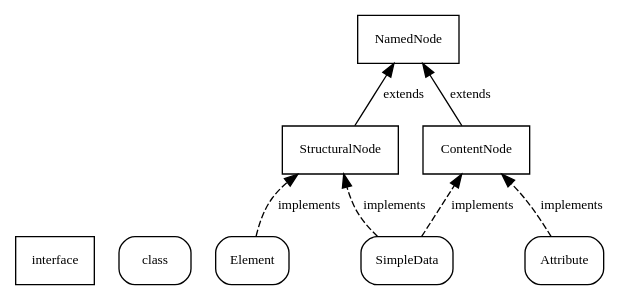
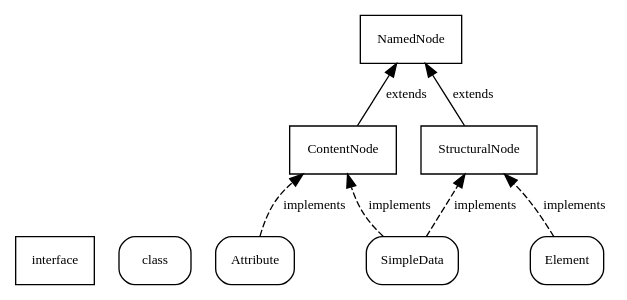
Before and after one commit to otmarjr/jInfer-fork: the diagram in doc/jInfer/full/architecture/interfaces_nodes.gv, drawn with Graphviz. The commit also changed 15 other files, not shown here.

Commit message:
3154619 Create documentation for jInfer architecture - consistent xml representation looking, some points for vektor and xml example of tree

```diff
--- a/doc/jInfer/full/architecture/interfaces_nodes.gv
+++ b/doc/jInfer/full/architecture/interfaces_nodes.gv
@@ -1,20 +1,21 @@
 digraph interfaces_nodes {
 	rankdir = BT;
 	node [shape = rectangle, fontname = "TeXGyrePagella-Regular", fontsize = 10];
 	edge [fontname = "TeXGyrePagella-Regular", fontsize = 10];
 
 	interface;
 	class [style= rounded];
 	NamedNode;
+	ContentNode;
 	StructuralNode;
-	ContentNode;
+	Attribute [style= rounded];
+	SimpleData [style= rounded];
 	Element [style= rounded];
-	SimpleData [style= rounded];
-	Attribute [style= rounded];
+
 	StructuralNode -> NamedNode [label = "extends"];
 	ContentNode -> NamedNode [label = "extends"];
 	Element -> StructuralNode [style = dashed, label = "implements"];
 	SimpleData -> StructuralNode [style = dashed, label = "implements"];
 	SimpleData -> ContentNode [style = dashed, label = "implements"];
 	Attribute -> ContentNode [style = dashed, label = "implements"];
 }
```
